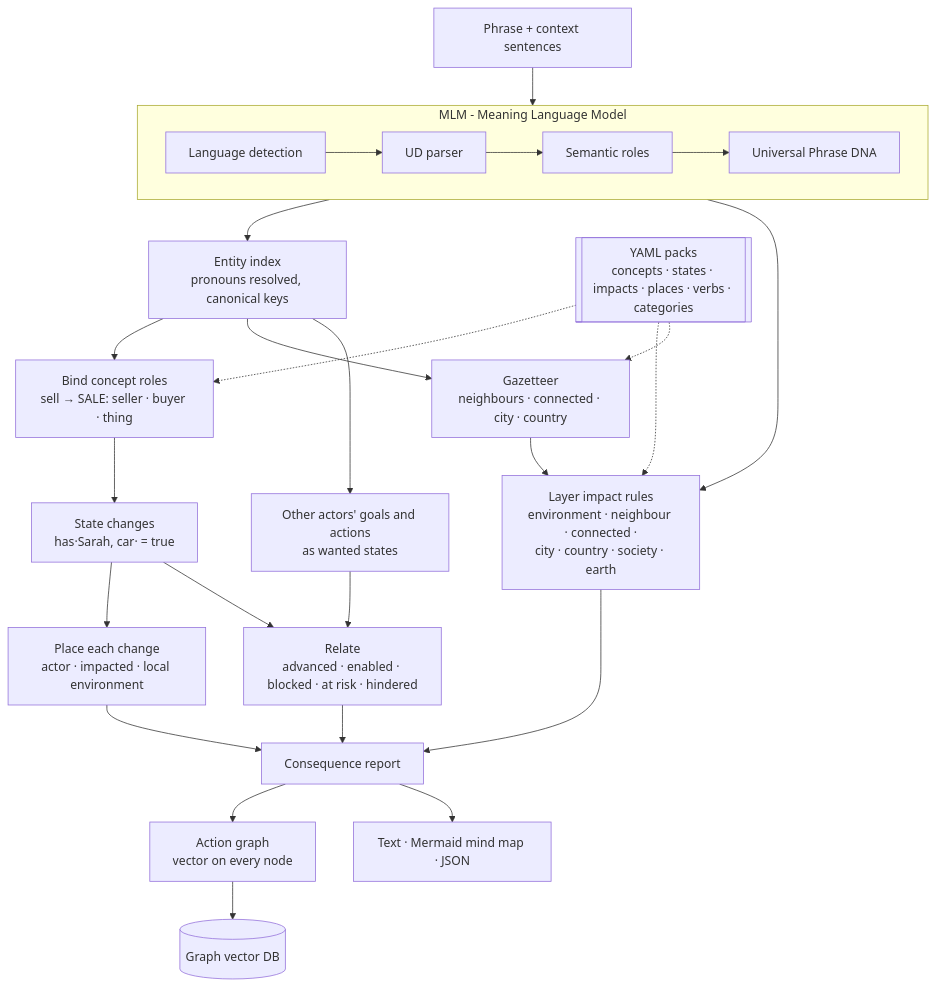
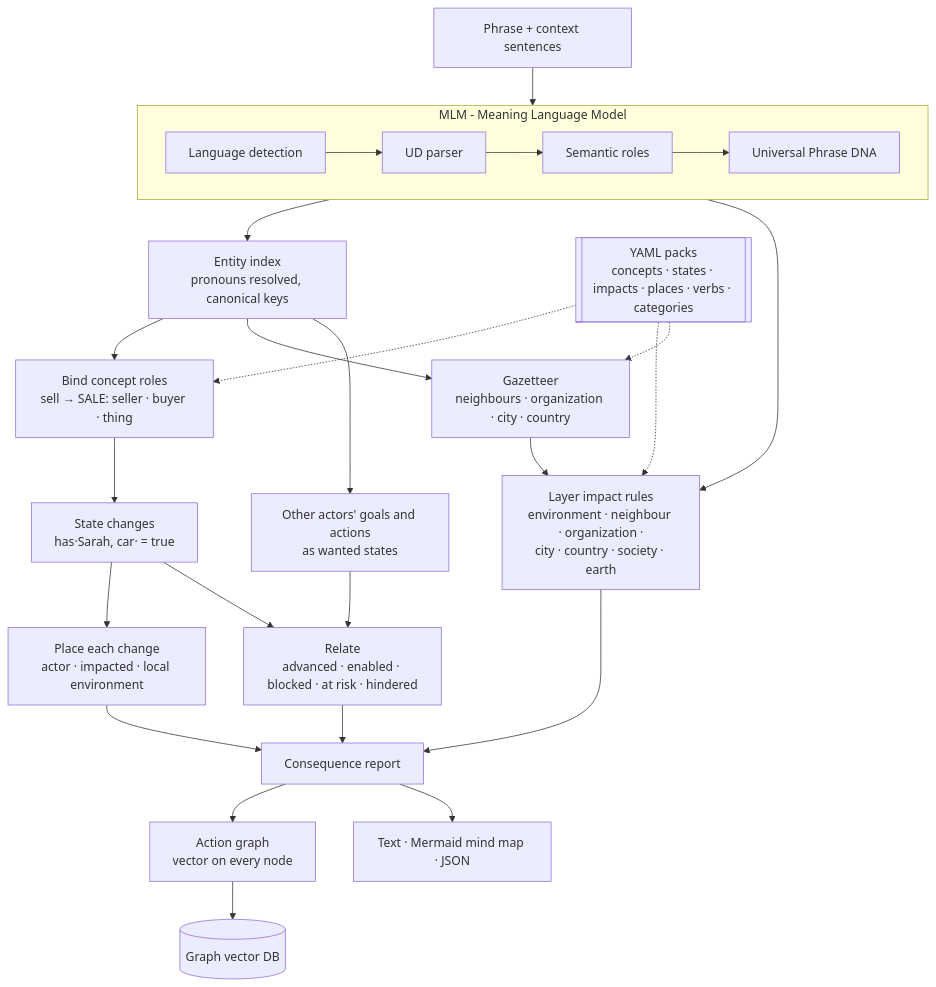
The third of 13 diagrams in README.md (Sherlock2019/ACM), drawn with Mermaid before and after one commit. The commit also changed other lines of this file and 10 other files, not shown here.

Commit message:
Rename connected layer to organization; README opens with a phrase example and the blast radius

````diff
--- a/README.md
+++ b/README.md
@@ -207,31 +242,31 @@
 ```mermaid
 flowchart TD
   IN[Phrase + context sentences] --> MLM
 
   subgraph MLM["MLM - Meaning Language Model"]
     direction LR
     LD[Language detection] --> PAR[UD parser] --> SR[Semantic roles] --> DNA[Universal Phrase DNA]
   end
 
   DNA --> ENT[Entity index<br/>pronouns resolved, canonical keys]
   ENT --> BIND[Bind concept roles<br/>sell → SALE: seller · buyer · thing]
   BIND --> FACTS[State changes<br/>has·Sarah, car· = true]
   FACTS --> PLACE[Place each change<br/>actor · impacted · local environment]
-  ENT --> GEO[Gazetteer<br/>neighbours · connected · city · country]
+  ENT --> GEO[Gazetteer<br/>neighbours · organization · city · country]
   GEO --> IMP
-  DNA --> IMP[Layer impact rules<br/>environment · neighbour · connected ·<br/>city · country · society · earth]
+  DNA --> IMP[Layer impact rules<br/>environment · neighbour · organization ·<br/>city · country · society · earth]
   ENT --> INT[Other actors' goals and actions<br/>as wanted states]
   FACTS --> REL[Relate<br/>advanced · enabled · blocked · at risk · hindered]
   INT --> REL
 
   PLACE --> REP[Consequence report]
   IMP --> REP
   REL --> REP
   REP --> GRAPH[Action graph<br/>vector on every node]
   GRAPH --> DB[(Graph vector DB)]
   REP --> OUT[Text · Mermaid mind map · JSON]
 
   PACKS[[YAML packs<br/>concepts · states · impacts · places · verbs · categories]] -.-> BIND
   PACKS -.-> IMP
   PACKS -.-> GEO
 ```
````
